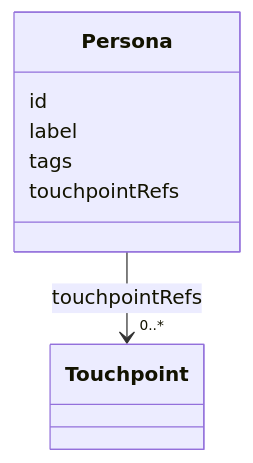
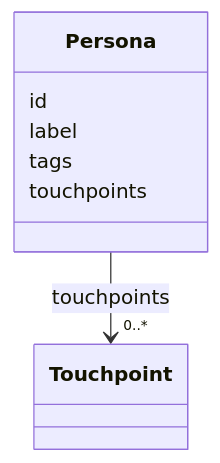
Before and after one commit to openuji/spec-ujg: the second of 5 diagrams in specs/ed/surface/index.md, drawn with Mermaid. The commit also changed other lines of this file and 370 other files, not shown here.

````diff
--- a/specs/ed/surface/index.md
+++ b/specs/ed/surface/index.md
@@ -61,11 +61,11 @@
 ```mermaid
 classDiagram
   class Persona {
     id
     label
     tags
-    touchpointRefs
+    touchpoints
   }
   class Touchpoint
-  Persona --> "0..*" Touchpoint : touchpointRefs
+  Persona --> "0..*" Touchpoint : touchpoints
 ```
````
